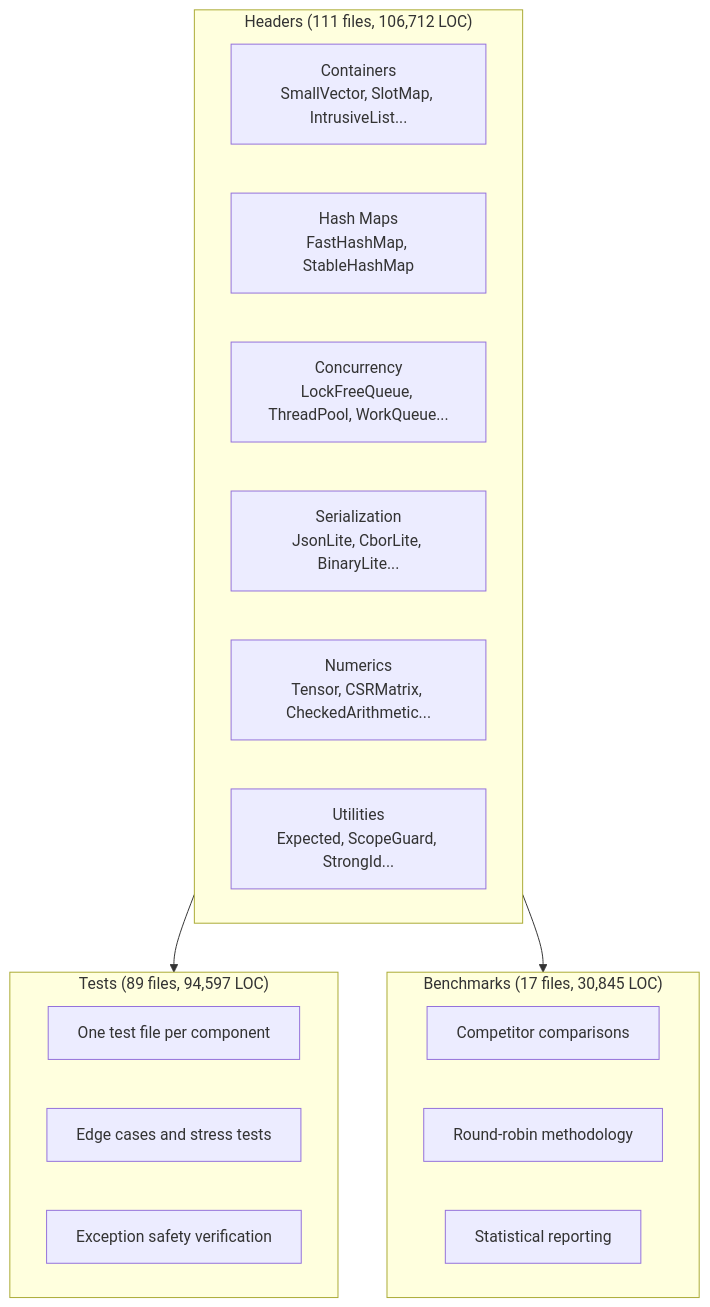
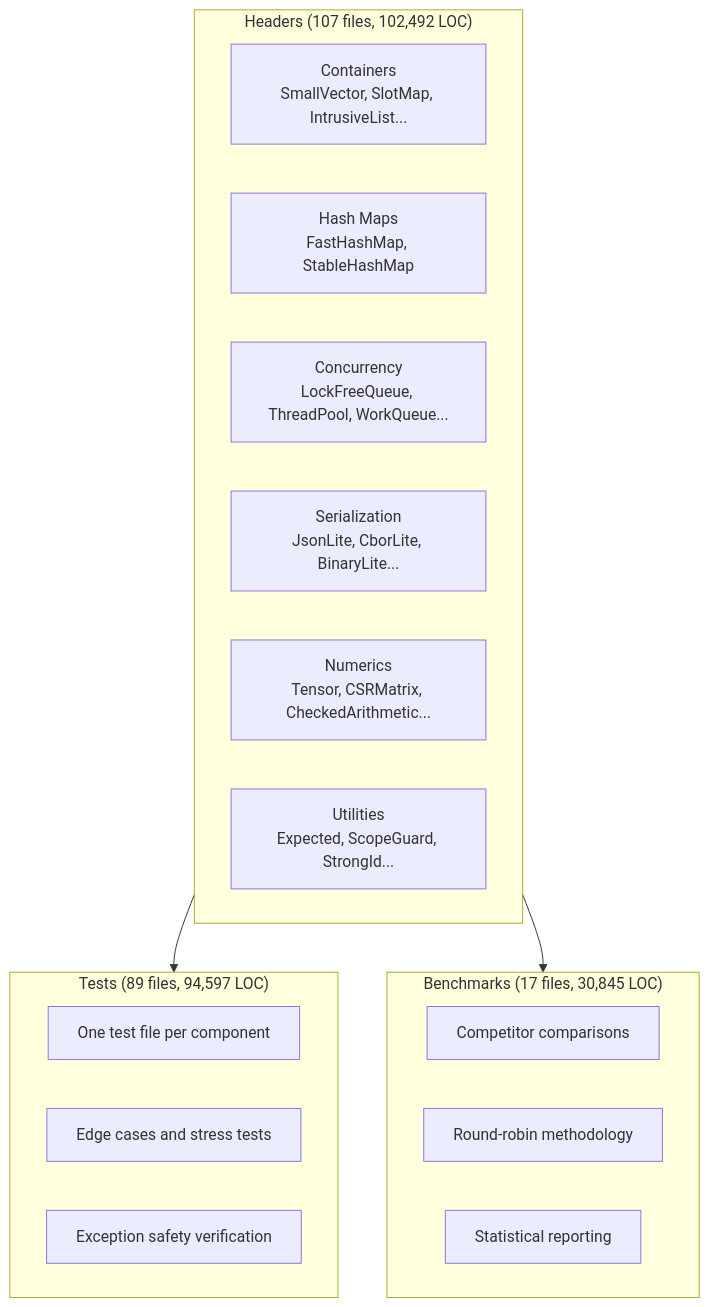
Diagram 11 of 11 in Read_Me/Fat-P_AI_Collaborative_Development_Methodology.md (schroedermatthew/FatP), drawn with Mermaid before and after one commit. The commit also changed other lines of this file and 22 other files, not shown here.

````diff
--- a/Read_Me/Fat-P_AI_Collaborative_Development_Methodology.md
+++ b/Read_Me/Fat-P_AI_Collaborative_Development_Methodology.md
@@ -747,26 +765,26 @@
 ```mermaid
 flowchart TD
-    subgraph Headers["Headers (111 files, 106,712 LOC)"]
+    subgraph Headers["Headers (107 files, 102,492 LOC)"]
         H1[Containers<br/>SmallVector, SlotMap, IntrusiveList...]
         H2[Hash Maps<br/>FastHashMap, StableHashMap]
         H3[Concurrency<br/>LockFreeQueue, ThreadPool, WorkQueue...]
         H4[Serialization<br/>JsonLite, CborLite, BinaryLite...]
         H5[Numerics<br/>Tensor, CSRMatrix, CheckedArithmetic...]
         H6[Utilities<br/>Expected, ScopeGuard, StrongId...]
     end
     
     subgraph Tests["Tests (89 files, 94,597 LOC)"]
         T1[One test file per component]
         T2[Edge cases and stress tests]
         T3[Exception safety verification]
     end
     
     subgraph Benchmarks["Benchmarks (17 files, 30,845 LOC)"]
         B1[Competitor comparisons]
         B2[Round-robin methodology]
         B3[Statistical reporting]
     end
     
     Headers --> Tests
     Headers --> Benchmarks
 ```
````
